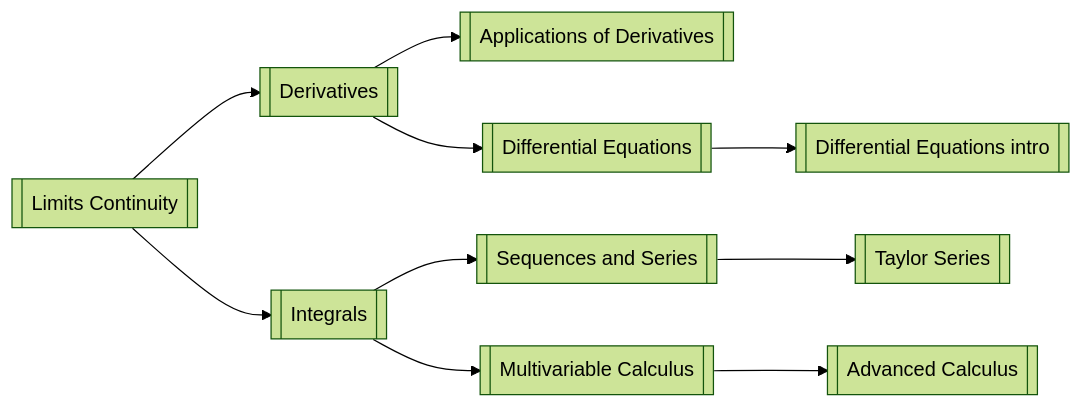
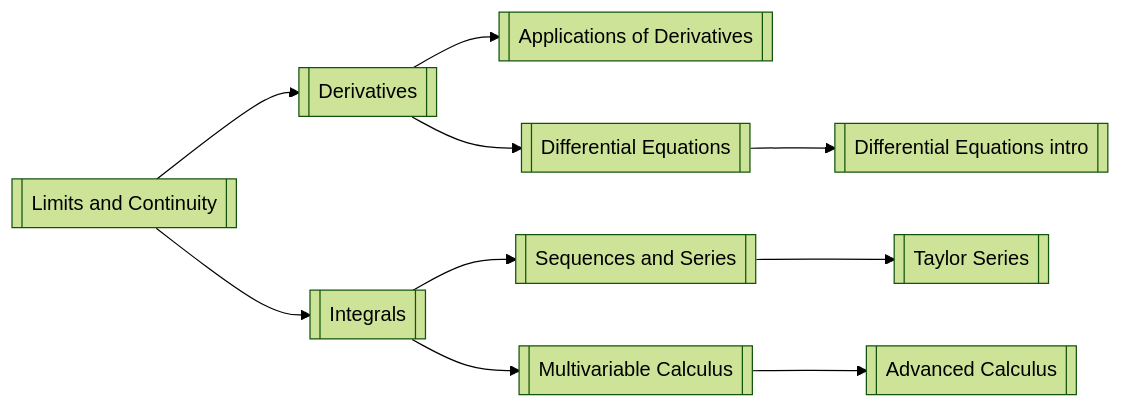
One commit to malikynaufal/AIGIS changed the second of 5 diagrams in Mathematics/Mathematics MOC.md. Above: the diagram before and after it, drawn with Mermaid (forest theme). The commit also changed other lines of this file and 114 other files, not shown here.

````diff
--- a/Mathematics/Mathematics MOC.md
+++ b/Mathematics/Mathematics MOC.md
@@ -63,12 +63,12 @@
 ```mermaid
 graph LR
- A[[Limits Continuity]] --> B[[Derivatives]]
+ A[[Limits and Continuity]] --> B[[Derivatives]]
  B --> C[[Applications of Derivatives]]
  A --> D[[Integrals]]
  D --> E[[Sequences and Series]]
  D --> F[[Multivariable Calculus]]
  E --> G[[Taylor Series]]
  F --> H[[Advanced Calculus]]
  B --> I[[Differential Equations]]
  I --> J[[Differential Equations intro]]
 ```
````
